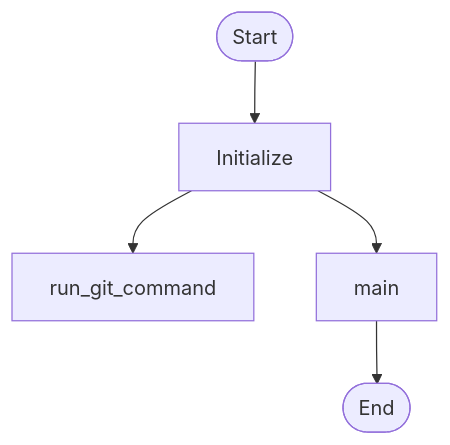
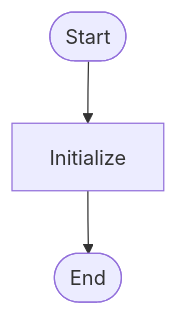
One commit to zepfu/repo-standards changed the first of 8 diagrams in docs/auto/ARCHITECTURE_AUTO.md. Above: the diagram before and after it, drawn with Mermaid. The commit also changed other lines of this file, not shown here.

Commit message:
docs: auto-update architecture documentation [skip ci]

````diff
--- a/docs/auto/ARCHITECTURE_AUTO.md
+++ b/docs/auto/ARCHITECTURE_AUTO.md
@@ -27,7 +27,5 @@
 ```mermaid
 flowchart TD
     Start([Start]) --> Init[Initialize]
-    Init --> rungitcommand[run_git_command]
-    Init --> main[main]
-    main --> End([End])
+    Init --> End([End])
 ```
````
